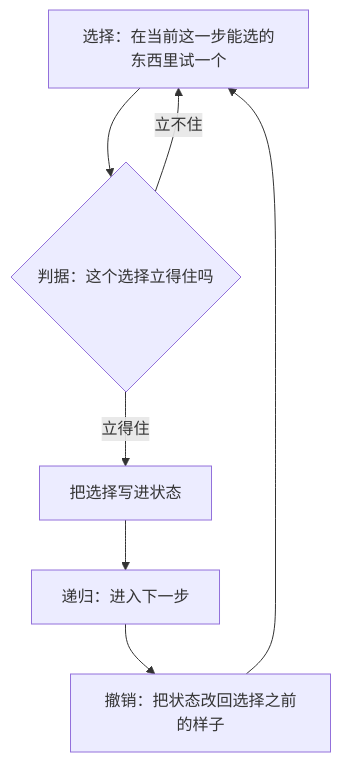
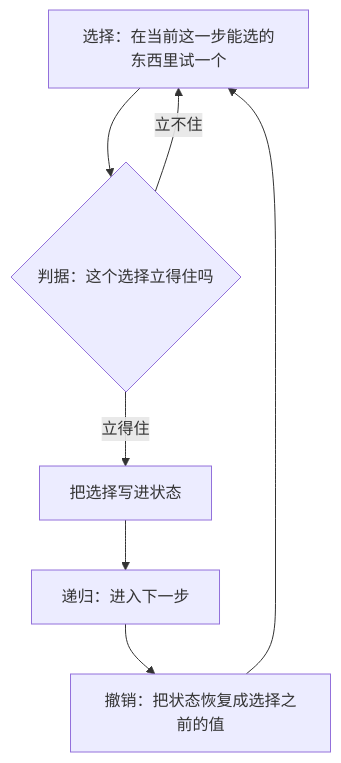
The diagram in 08-一些散落的算法/02-记忆化、分治与回溯.md (HiBer2007/LearnC-), drawn with Mermaid before and after one commit. The commit also changed other lines of this file and 9 other files, not shown here.

````diff
--- a/08-一些散落的算法/02-记忆化、分治与回溯.md
+++ b/08-一些散落的算法/02-记忆化、分治与回溯.md
@@ -734,9 +734,9 @@
 ```mermaid
 flowchart TD
     A["选择：在当前这一步能选的东西里试一个"] --> B{"判据：这个选择立得住吗"}
     B -->|"立不住"| A
     B -->|"立得住"| C["把选择写进状态"]
     C --> D["递归：进入下一步"]
-    D --> E["撤销：把状态改回选择之前的样子"]
+    D --> E["撤销：把状态恢复成选择之前的值"]
     E --> A
 ```
````
